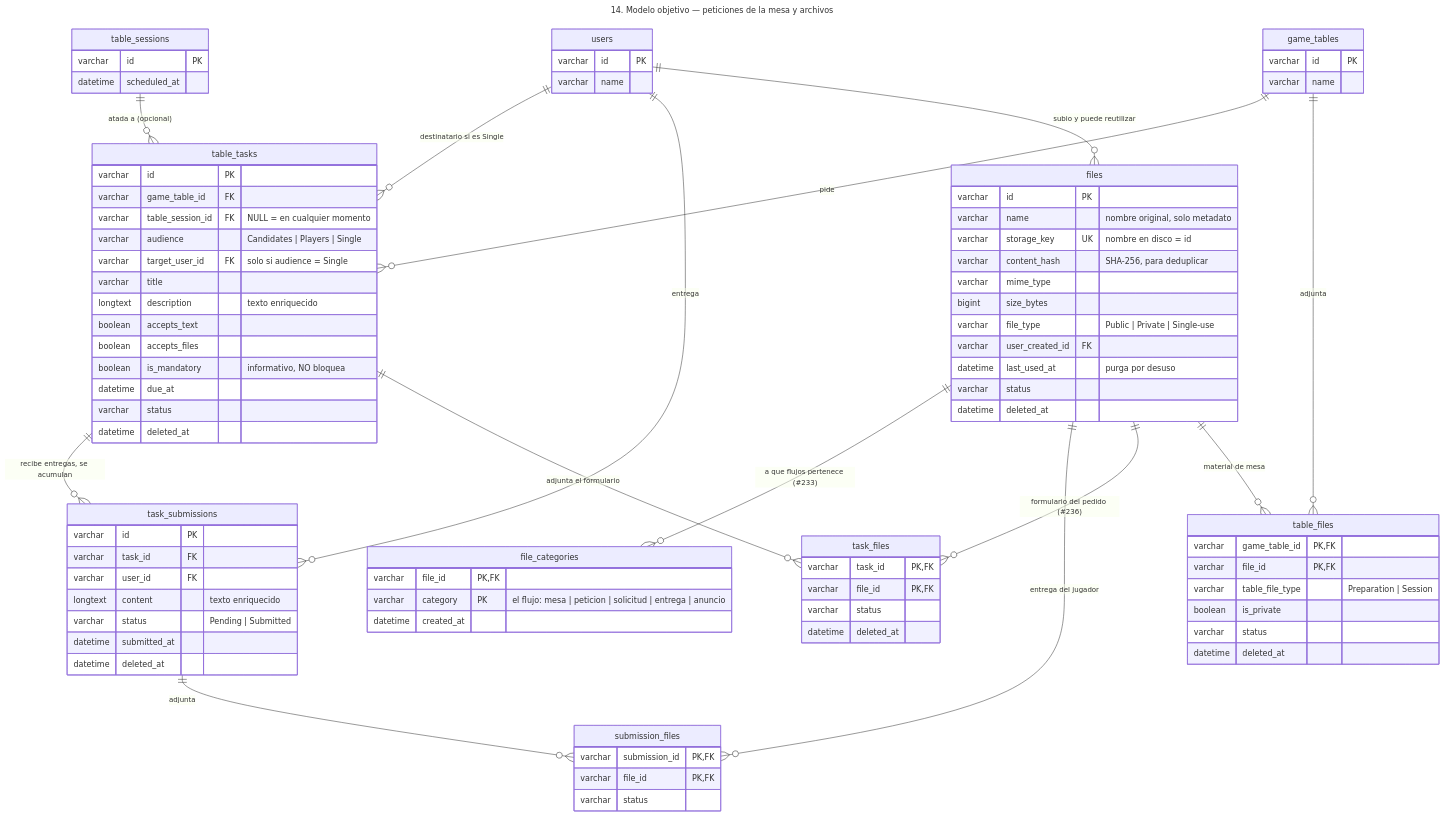
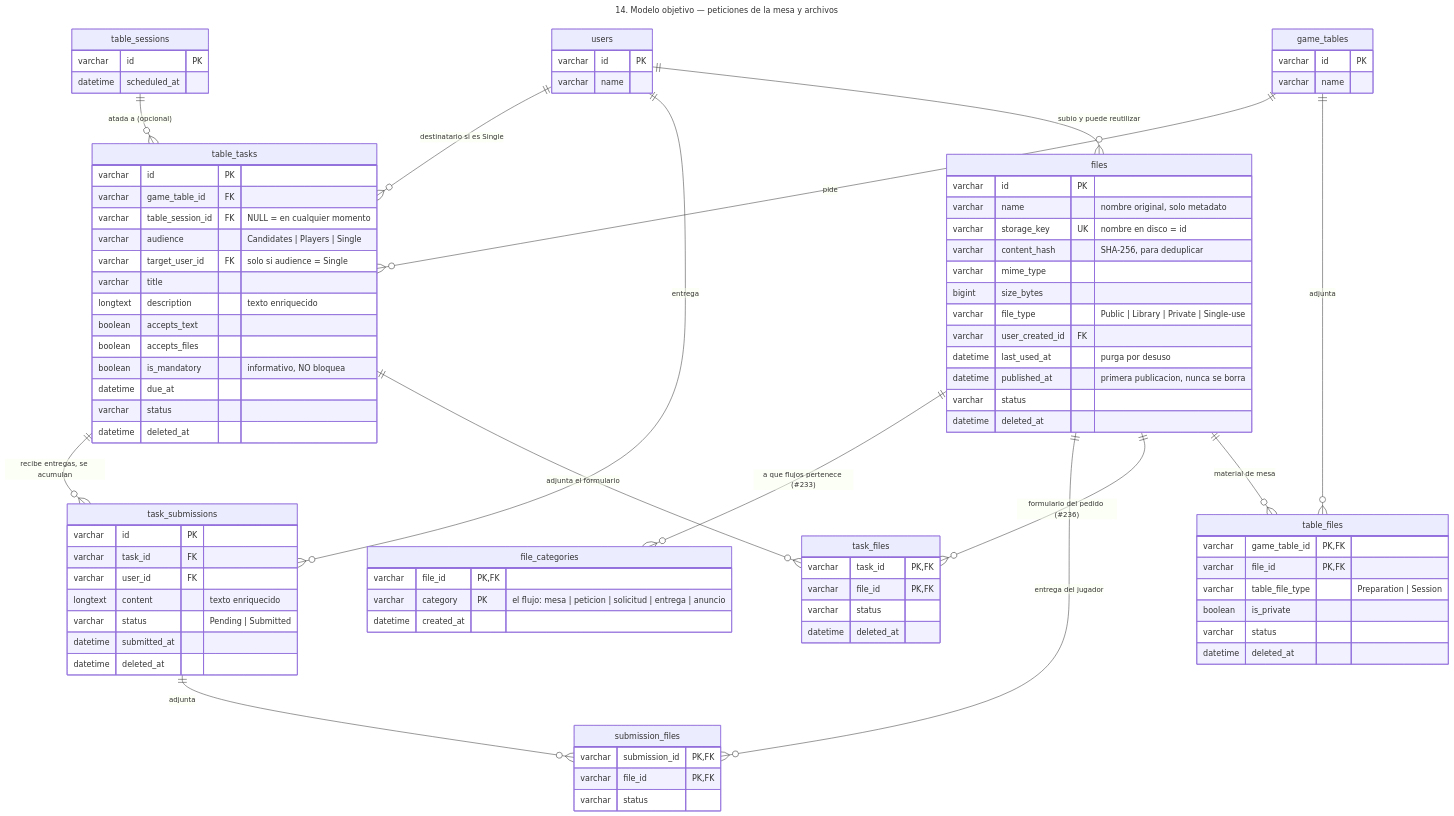
Before and after one commit to d4m14n257/CentralDungeon: the diagram in docs/diagramas/14-objetivo-peticiones-archivos.mmd, drawn with Mermaid. The commit also changed 43 other files, not shown here.

```diff
--- a/docs/diagramas/14-objetivo-peticiones-archivos.mmd
+++ b/docs/diagramas/14-objetivo-peticiones-archivos.mmd
@@ -1,101 +1,102 @@
 ---
 title: "14. Modelo objetivo — peticiones de la mesa y archivos"
 ---
 erDiagram
 
     game_tables {
         varchar id PK
         varchar name
     }
 
     table_sessions {
         varchar id PK
         datetime scheduled_at
     }
 
     users {
         varchar id PK
         varchar name
     }
 
     table_tasks {
         varchar id PK
         varchar game_table_id FK
         varchar table_session_id FK "NULL = en cualquier momento"
         varchar audience "Candidates | Players | Single"
         varchar target_user_id FK "solo si audience = Single"
         varchar title
         longtext description "texto enriquecido"
         boolean accepts_text
         boolean accepts_files
         boolean is_mandatory "informativo, NO bloquea"
         datetime due_at
         varchar status
         datetime deleted_at
     }
 
     task_submissions {
         varchar id PK
         varchar task_id FK
         varchar user_id FK
         longtext content "texto enriquecido"
         varchar status "Pending | Submitted"
         datetime submitted_at
         datetime deleted_at
     }
 
     submission_files {
         varchar submission_id PK,FK
         varchar file_id PK,FK
         varchar status
     }
 
     files {
         varchar id PK
         varchar name "nombre original, solo metadato"
         varchar storage_key UK "nombre en disco = id"
         varchar content_hash "SHA-256, para deduplicar"
         varchar mime_type
         bigint size_bytes
-        varchar file_type "Public | Private | Single-use"
+        varchar file_type "Public | Library | Private | Single-use"
         varchar user_created_id FK
         datetime last_used_at "purga por desuso"
+        datetime published_at "primera publicacion, nunca se borra"
         varchar status
         datetime deleted_at
     }
 
     file_categories {
         varchar file_id PK,FK
         varchar category PK "el flujo: mesa | peticion | solicitud | entrega | anuncio"
         datetime created_at
     }
 
     task_files {
         varchar task_id PK,FK
         varchar file_id PK,FK
         varchar status
         datetime deleted_at
     }
 
     table_files {
         varchar game_table_id PK,FK
         varchar file_id PK,FK
         varchar table_file_type "Preparation | Session"
         boolean is_private
         varchar status
         datetime deleted_at
     }
 
     game_tables    ||--o{ table_tasks      : "pide"
     table_sessions ||--o{ table_tasks      : "atada a (opcional)"
     users          ||--o{ table_tasks      : "destinatario si es Single"
     table_tasks    ||--o{ task_submissions : "recibe entregas, se acumulan"
     users          ||--o{ task_submissions : "entrega"
     task_submissions ||--o{ submission_files : "adjunta"
     files            ||--o{ file_categories  : "a que flujos pertenece (#233)"
     files            ||--o{ submission_files : "entrega del jugador"
     files            ||--o{ task_files       : "formulario del pedido (#236)"
     files            ||--o{ table_files      : "material de mesa"
     table_tasks      ||--o{ task_files       : "adjunta el formulario"
     game_tables      ||--o{ table_files      : "adjunta"
     users            ||--o{ files            : "subio y puede reutilizar"
```
